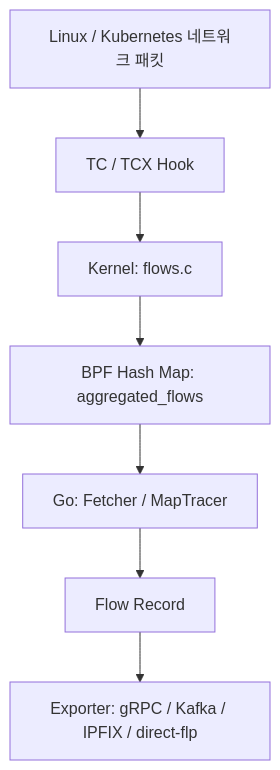
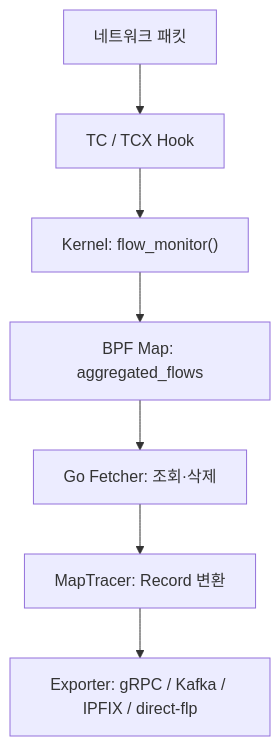
Before and after one commit to eunbyul2/eunbyul2.github.io: the first of 4 diagrams in _posts/study-Learning_ebpf/2026-10-17-OpenSource-NetObserv.md, drawn with Mermaid. The commit also changed other lines of this file, not shown here.

````diff
--- a/_posts/study-Learning_ebpf/2026-10-17-OpenSource-NetObserv.md
+++ b/_posts/study-Learning_ebpf/2026-10-17-OpenSource-NetObserv.md
@@ -34,9 +36,9 @@
 ```mermaid
 flowchart TD
-    A[Linux / Kubernetes 네트워크 패킷] --> B[TC / TCX Hook]
-    B --> C[Kernel: flows.c]
-    C --> D[BPF Hash Map: aggregated_flows]
-    D --> E[Go: Fetcher / MapTracer]
-    E --> F[Flow Record]
-    F --> G[Exporter: gRPC / Kafka / IPFIX / direct-flp]
+    A["네트워크 패킷"] --> B["TC / TCX Hook"]
+    B --> C["Kernel: flow_monitor()"]
+    C --> D["BPF Map: aggregated_flows"]
+    D --> E["Go Fetcher: 조회·삭제"]
+    E --> F["MapTracer: Record 변환"]
+    F --> G["Exporter: gRPC / Kafka / IPFIX / direct-flp"]
 ```
````
